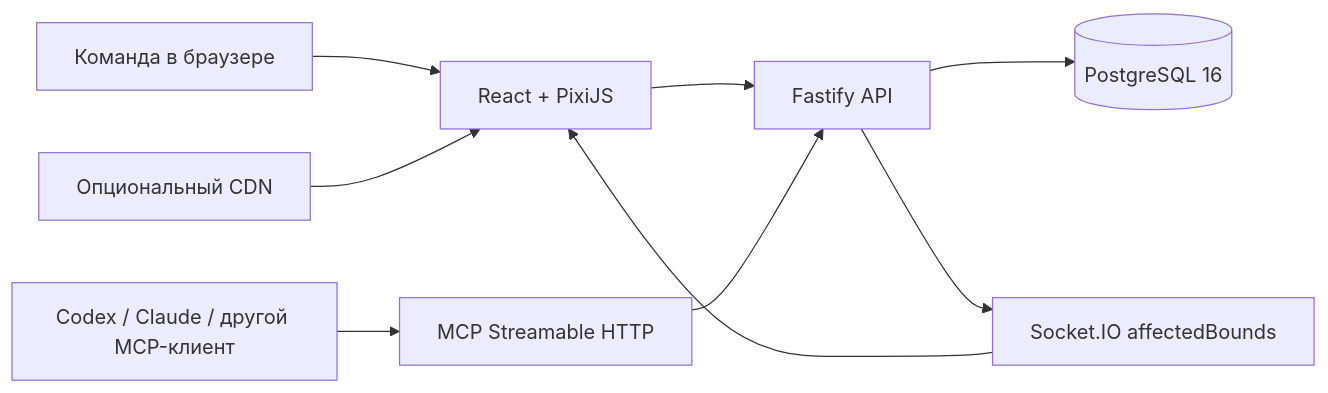
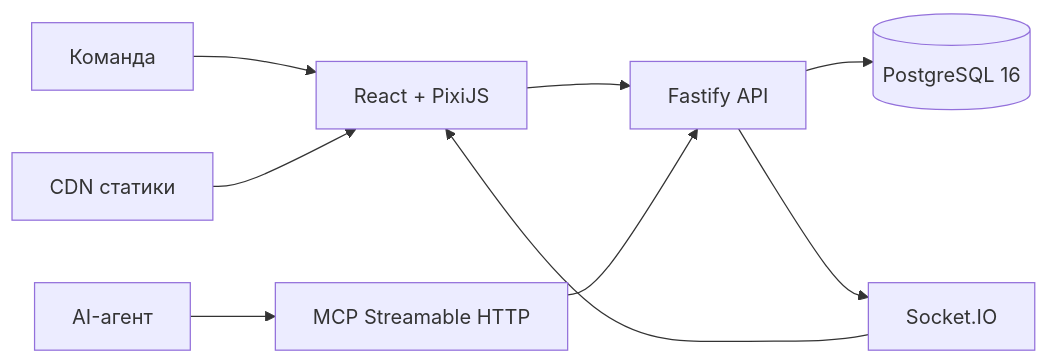
Before and after one commit to afkbot-io/tasktopia: the diagram in README.md, drawn with Mermaid. The commit also changed other lines of this file, not shown here.

````diff
--- a/README.md
+++ b/README.md
@@ -185,11 +162,11 @@
 ```mermaid
 flowchart LR
-    Human["Команда в браузере"] --> Web["React + PixiJS"]
-    Agent["Codex / Claude / другой MCP-клиент"] --> MCP["MCP Streamable HTTP"]
+    Team["Команда"] --> Web["React + PixiJS"]
+    Agent["AI-агент"] --> MCP["MCP Streamable HTTP"]
     Web --> API["Fastify API"]
     MCP --> API
     API --> DB[("PostgreSQL 16")]
-    API --> RT["Socket.IO affectedBounds"]
-    RT --> Web
-    CDN["Опциональный CDN"] --> Web
+    API --> Events["Socket.IO"]
+    Events --> Web
+    CDN["CDN статики"] --> Web
 ```
````
